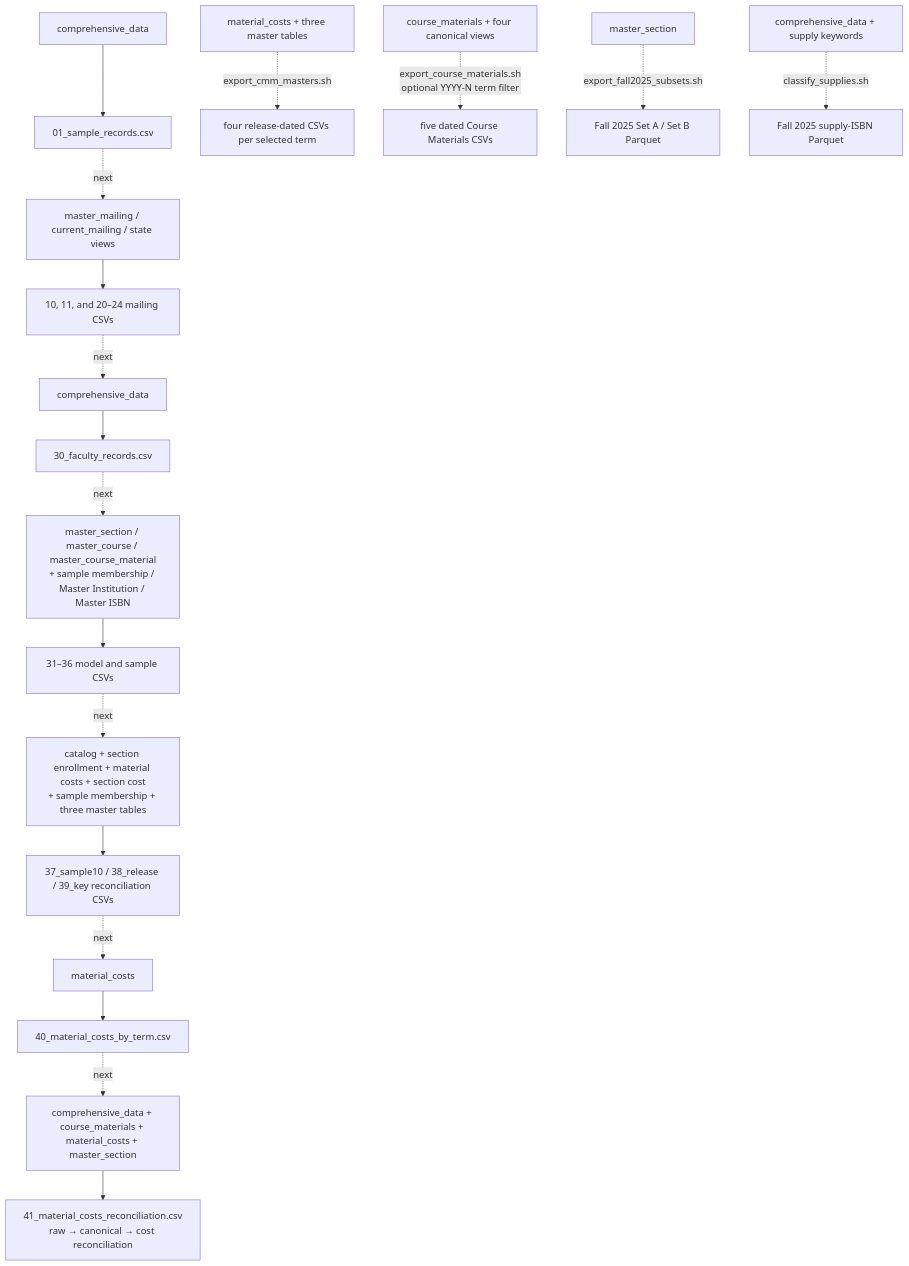
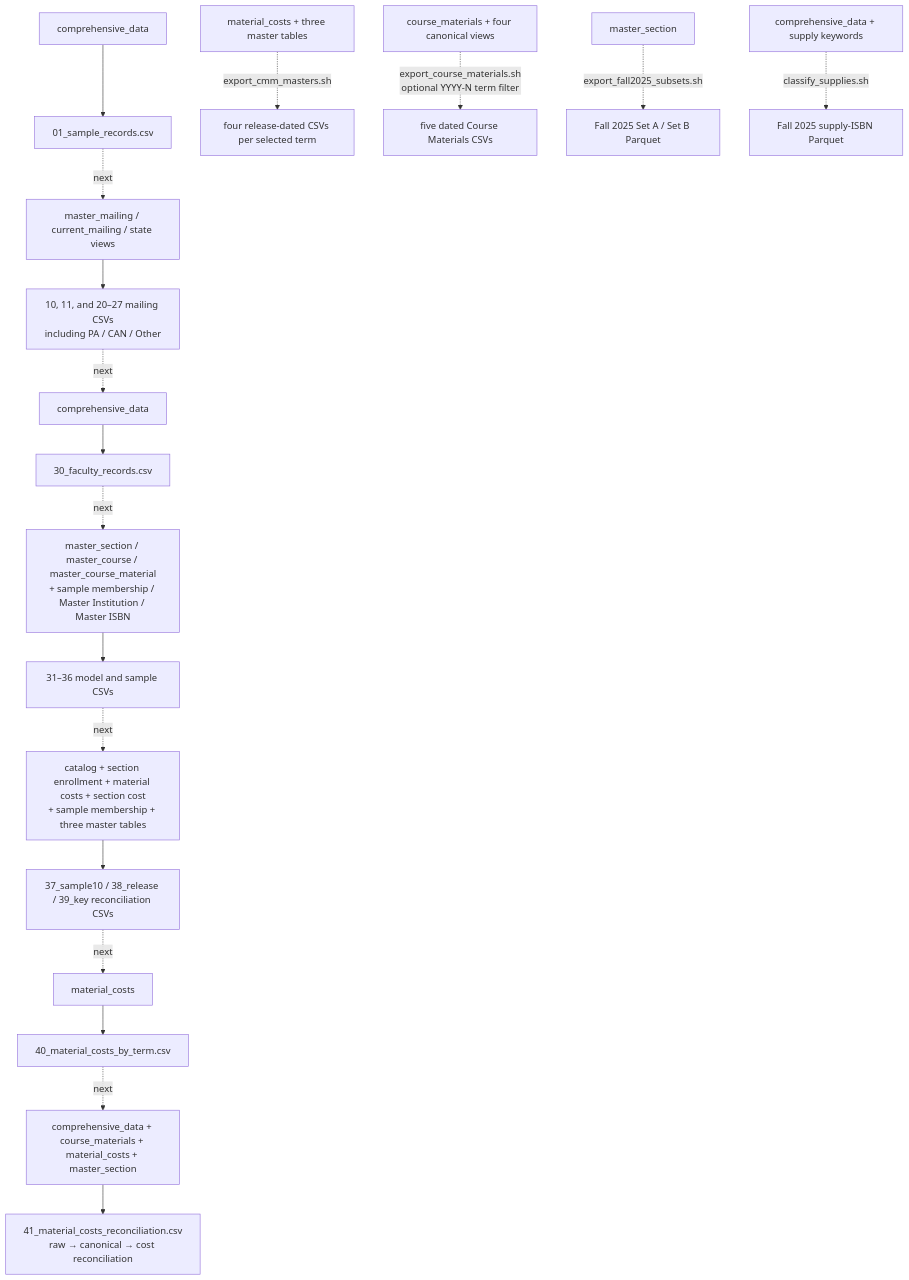
The fourth of 4 diagrams in SCHEMA.md (christopherseaman/commodoreSQL), drawn with Mermaid before and after one commit. The commit also changed other lines of this file and 18 other files, not shown here.

Commit message:
feat: align mailing flow and complete data dictionary

````diff
--- a/SCHEMA.md
+++ b/SCHEMA.md
@@ -317,21 +340,21 @@
 ```mermaid
 flowchart TD
     raw_source["comprehensive_data"] --> raw["01_sample_records.csv"]
     raw -. "next" .-> mail_source["master_mailing / current_mailing / state views"]
-    mail_source --> mail["10, 11, and 20–24 mailing CSVs"]
+    mail_source --> mail["10, 11, and 20–27 mailing CSVs<br/>including PA / CAN / Other"]
     mail -. "next" .-> faculty_source["comprehensive_data"]
     faculty_source --> faculty["30_faculty_records.csv"]
     faculty -. "next" .-> model_source["master_section / master_course / master_course_material<br/>+ sample membership / Master Institution / Master ISBN"]
     model_source --> model["31–36 model and sample CSVs"]
     model -. "next" .-> core["catalog + section enrollment + material costs + section cost<br/>+ sample membership + three master tables"]
     core --> checks["37_sample10 / 38_release / 39_key reconciliation CSVs"]
     checks -. "next" .-> costs["material_costs"]
     costs --> costs_export["40_material_costs_by_term.csv"]
     costs_export -. "next" .-> final_source["comprehensive_data + course_materials + material_costs + master_section"]
     final_source --> final_check["41_material_costs_reconciliation.csv<br/>raw → canonical → cost reconciliation"]
 
     standalone["material_costs + three master tables"] -. "export_cmm_masters.sh" .-> terms["four release-dated CSVs per selected term"]
     canonical["course_materials + four canonical views"] -. "export_course_materials.sh<br/>optional YYYY-N term filter" .-> canonical_files["five dated Course Materials CSVs"]
     standalone2["master_section"] -. "export_fall2025_subsets.sh" .-> ab["Fall 2025 Set A / Set B Parquet"]
     standalone3["comprehensive_data + supply keywords"] -. "classify_supplies.sh" .-> supply["Fall 2025 supply-ISBN Parquet"]
 ```
````
